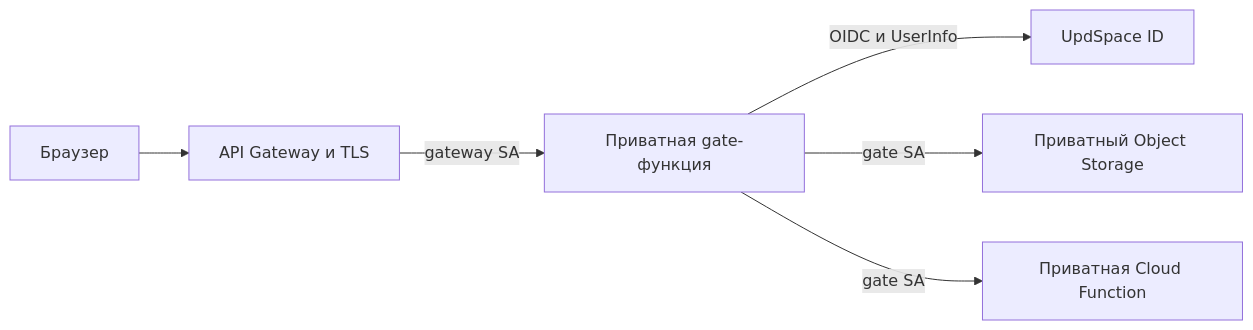
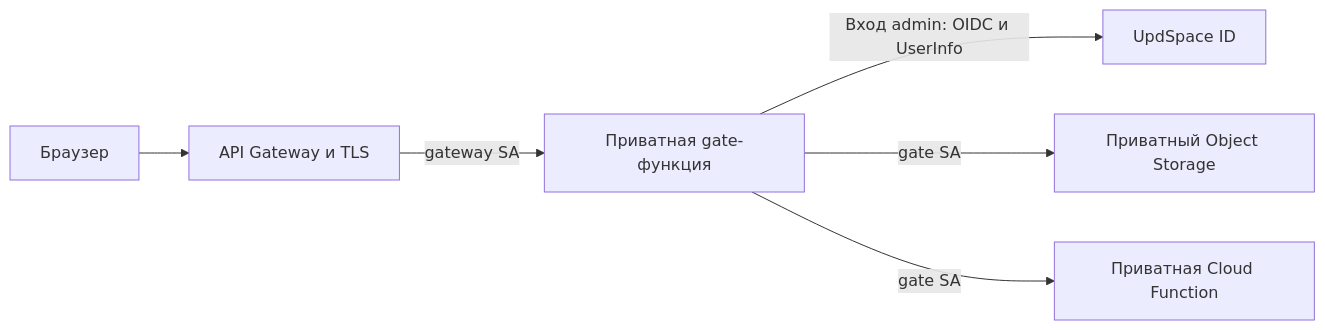
Before and after one commit to m4tveevm/etu_web: the diagram in infra/ARCHITECTURE.md, drawn with Mermaid. The commit also changed other lines of this file and 50 other files, not shown here.

````diff
--- a/infra/ARCHITECTURE.md
+++ b/infra/ARCHITECTURE.md
@@ -8,8 +7,8 @@
 ```mermaid
 flowchart LR
     Browser[Браузер] --> Gateway[API Gateway и TLS]
     Gateway -->|gateway SA| Gate[Приватная gate-функция]
-    Gate -->|OIDC и UserInfo| ID[UpdSpace ID]
+    Gate -->|Вход admin: OIDC и UserInfo| ID[UpdSpace ID]
     Gate -->|gate SA| Storage[Приватный Object Storage]
     Gate -->|gate SA| Quotes[Приватная Cloud Function]
 ```
````
